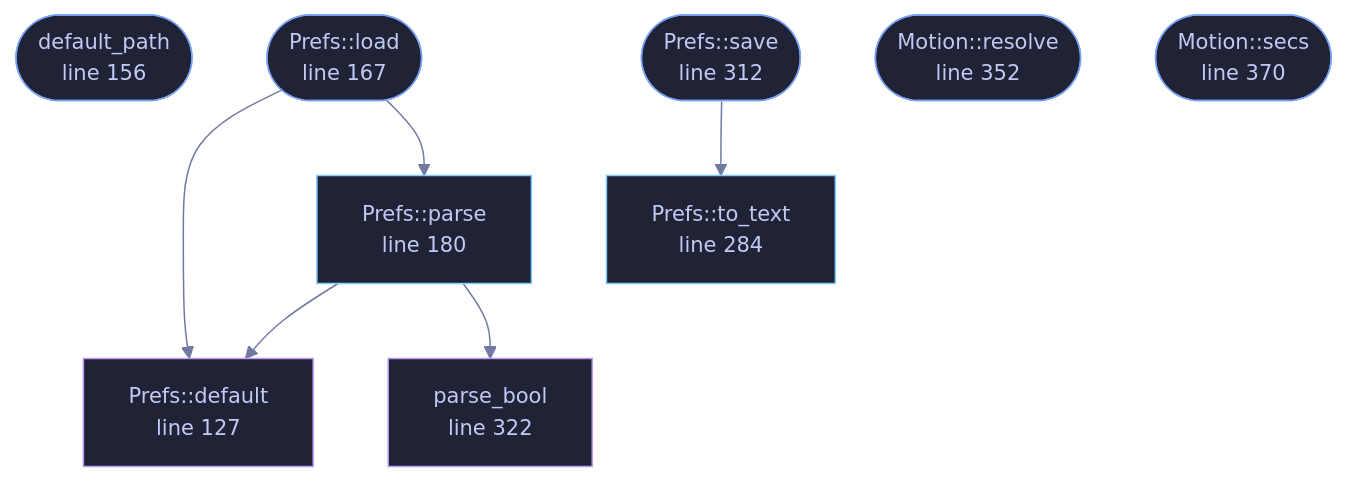
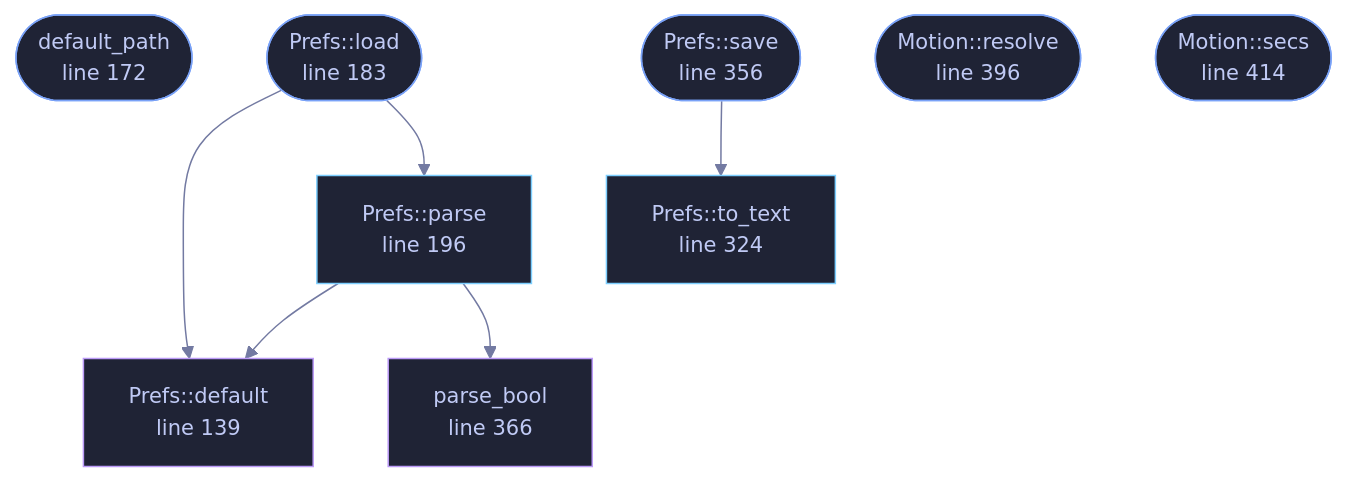
Before and after one commit to tilas01/veilvoice: the diagram in docs/files/veilvoice-gui/prefs.md, drawn with Mermaid. The commit also changed other lines of this file and 48 other files, not shown here.

````diff
--- a/docs/files/veilvoice-gui/prefs.md
+++ b/docs/files/veilvoice-gui/prefs.md
@@ -109,33 +109,33 @@
 ```mermaid
 %%{init: {"theme":"base","themeVariables":{"background":"#1a1b26","primaryColor":"#1f2335","primaryTextColor":"#c0caf5","primaryBorderColor":"#7aa2f7","secondaryColor":"#16161e","tertiaryColor":"#16161e","lineColor":"#737aa2","textColor":"#c0caf5","mainBkg":"#1f2335","nodeBorder":"#7aa2f7","clusterBkg":"#16161e","clusterBorder":"#2f3549","fontFamily":"ui-monospace, SFMono-Regular, Consolas, monospace","fontSize":"14px"}}}%%
 flowchart TD
-    n_default["Prefs::default<br/>line 127"]
-    n_default_path(["default_path<br/>line 156"])
-    n_load(["Prefs::load<br/>line 167"])
-    n_parse["Prefs::parse<br/>line 180"]
-    n_to_text["Prefs::to_text<br/>line 284"]
-    n_save(["Prefs::save<br/>line 312"])
-    n_parse_bool["parse_bool<br/>line 322"]
-    n_resolve(["Motion::resolve<br/>line 352"])
-    n_secs(["Motion::secs<br/>line 370"])
+    n_default["Prefs::default<br/>line 139"]
+    n_default_path(["default_path<br/>line 172"])
+    n_load(["Prefs::load<br/>line 183"])
+    n_parse["Prefs::parse<br/>line 196"]
+    n_to_text["Prefs::to_text<br/>line 324"]
+    n_save(["Prefs::save<br/>line 356"])
+    n_parse_bool["parse_bool<br/>line 366"]
+    n_resolve(["Motion::resolve<br/>line 396"])
+    n_secs(["Motion::secs<br/>line 414"])
     n_load --> n_default
     n_load --> n_parse
     n_parse --> n_default
     n_parse --> n_parse_bool
     n_save --> n_to_text
-    click n_default href "https://github.com/tilas01/veilvoice/blob/main/crates/veilvoice-gui/src/prefs.rs#L127" "open the source"
-    click n_default_path href "https://github.com/tilas01/veilvoice/blob/main/crates/veilvoice-gui/src/prefs.rs#L156" "open the source"
-    click n_load href "https://github.com/tilas01/veilvoice/blob/main/crates/veilvoice-gui/src/prefs.rs#L167" "open the source"
-    click n_parse href "https://github.com/tilas01/veilvoice/blob/main/crates/veilvoice-gui/src/prefs.rs#L180" "open the source"
-    click n_to_text href "https://github.com/tilas01/veilvoice/blob/main/crates/veilvoice-gui/src/prefs.rs#L284" "open the source"
-    click n_save href "https://github.com/tilas01/veilvoice/blob/main/crates/veilvoice-gui/src/prefs.rs#L312" "open the source"
-    click n_parse_bool href "https://github.com/tilas01/veilvoice/blob/main/crates/veilvoice-gui/src/prefs.rs#L322" "open the source"
-    click n_resolve href "https://github.com/tilas01/veilvoice/blob/main/crates/veilvoice-gui/src/prefs.rs#L352" "open the source"
-    click n_secs href "https://github.com/tilas01/veilvoice/blob/main/crates/veilvoice-gui/src/prefs.rs#L370" "open the source"
+    click n_default href "https://github.com/tilas01/veilvoice/blob/main/crates/veilvoice-gui/src/prefs.rs#L139" "open the source"
+    click n_default_path href "https://github.com/tilas01/veilvoice/blob/main/crates/veilvoice-gui/src/prefs.rs#L172" "open the source"
+    click n_load href "https://github.com/tilas01/veilvoice/blob/main/crates/veilvoice-gui/src/prefs.rs#L183" "open the source"
+    click n_parse href "https://github.com/tilas01/veilvoice/blob/main/crates/veilvoice-gui/src/prefs.rs#L196" "open the source"
+    click n_to_text href "https://github.com/tilas01/veilvoice/blob/main/crates/veilvoice-gui/src/prefs.rs#L324" "open the source"
+    click n_save href "https://github.com/tilas01/veilvoice/blob/main/crates/veilvoice-gui/src/prefs.rs#L356" "open the source"
+    click n_parse_bool href "https://github.com/tilas01/veilvoice/blob/main/crates/veilvoice-gui/src/prefs.rs#L366" "open the source"
+    click n_resolve href "https://github.com/tilas01/veilvoice/blob/main/crates/veilvoice-gui/src/prefs.rs#L396" "open the source"
+    click n_secs href "https://github.com/tilas01/veilvoice/blob/main/crates/veilvoice-gui/src/prefs.rs#L414" "open the source"
     classDef entry fill:#1f2335,stroke:#7aa2f7,color:#c0caf5
     class n_default_path,n_load,n_save,n_resolve,n_secs entry
     classDef api fill:#1f2335,stroke:#7dcfff,color:#c0caf5
     class n_parse,n_to_text api
     classDef helper fill:#1f2335,stroke:#bb9af7,color:#c0caf5
     class n_default,n_parse_bool helper
 ```
````
